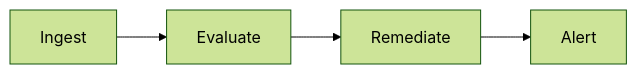
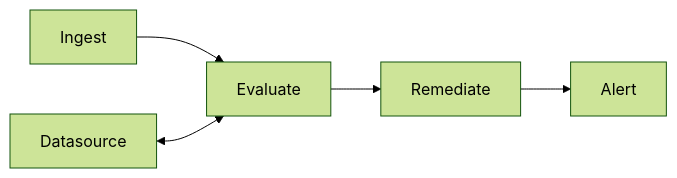
The first of 3 diagrams in docs/docs/developer_guide/designs/rule-testing.md (mindersec/minder), drawn with Mermaid (forest theme) before and after one commit. The commit also changed other lines of this file, not shown here.

````diff
--- a/docs/docs/developer_guide/designs/rule-testing.md
+++ b/docs/docs/developer_guide/designs/rule-testing.md
@@ -28,6 +28,7 @@
 ```mermaid
 flowchart LR
     A[Ingest] --> B[Evaluate]
+    DS[Datasource] <--> B
     B --> C[Remediate]
     C --> D[Alert]
 ```
````
